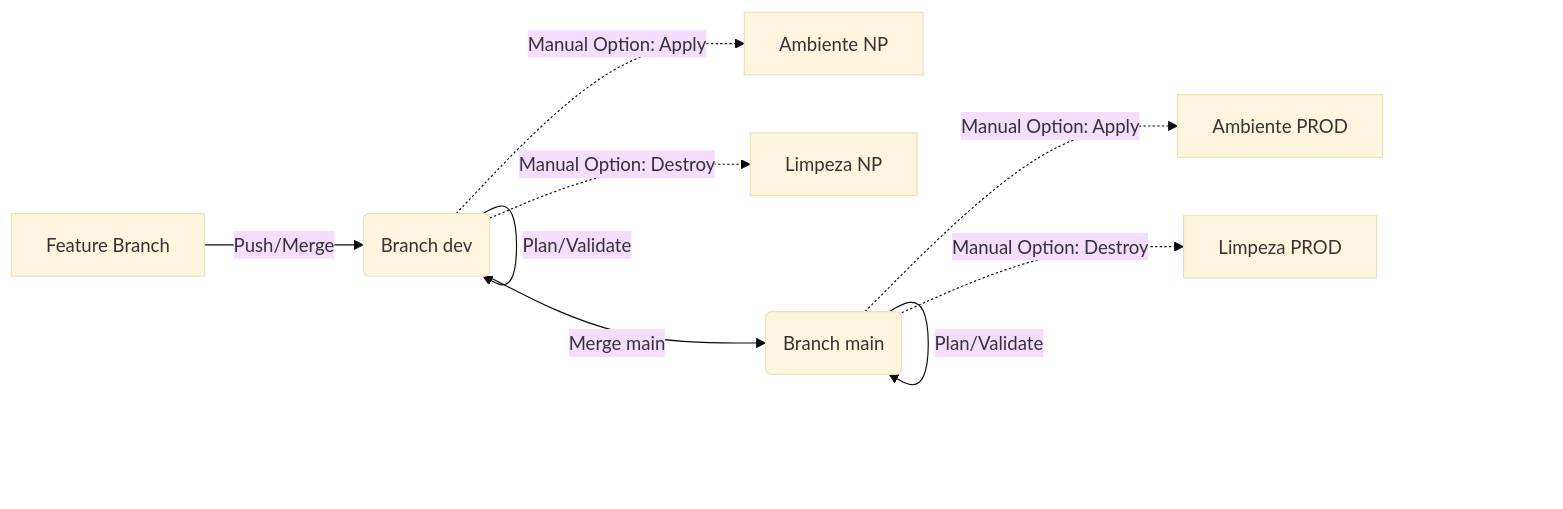
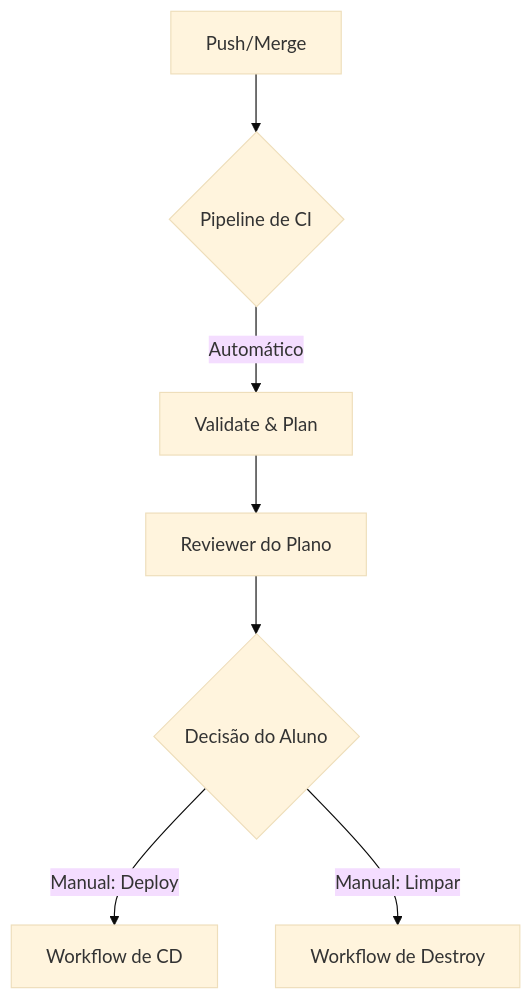
The diagram in README.md (lucascosm3/terraform-foundation-for-teaching), drawn with Mermaid (base theme) before and after one commit. The commit also changed other lines of this file and 5 other files, not shown here.

````diff
--- a/README.md
+++ b/README.md
@@ -96,11 +83,9 @@
 ```mermaid
-graph LR
-    A[Feature Branch] -->|Push/Merge| B(Branch dev)
-    B -->|Plan/Validate| B
-    B -.->|Manual Option: Apply| C[Ambiente NP]
-    B -.->|Manual Option: Destroy| F[Limpeza NP]
-    B -->|Merge main| D(Branch main)
-    D -->|Plan/Validate| D
-    D -.->|Manual Option: Apply| E[Ambiente PROD]
-    D -.->|Manual Option: Destroy| G[Limpeza PROD]
+graph TD
+    A[Push/Merge] --> B{Pipeline de CI}
+    B -->|Automático| C[Validate & Plan]
+    C --> D[Reviewer do Plano]
+    D --> E{Decisão do Aluno}
+    E -->|Manual: Deploy| F[Workflow de CD]
+    E -->|Manual: Limpar| G[Workflow de Destroy]
 ```
````
